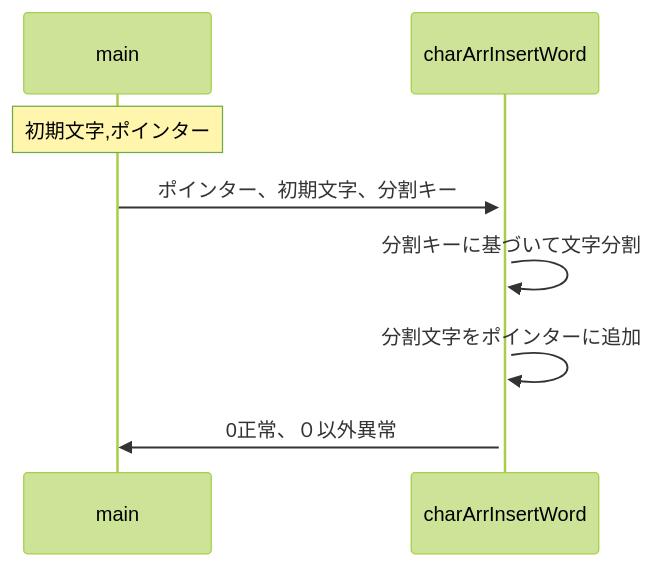
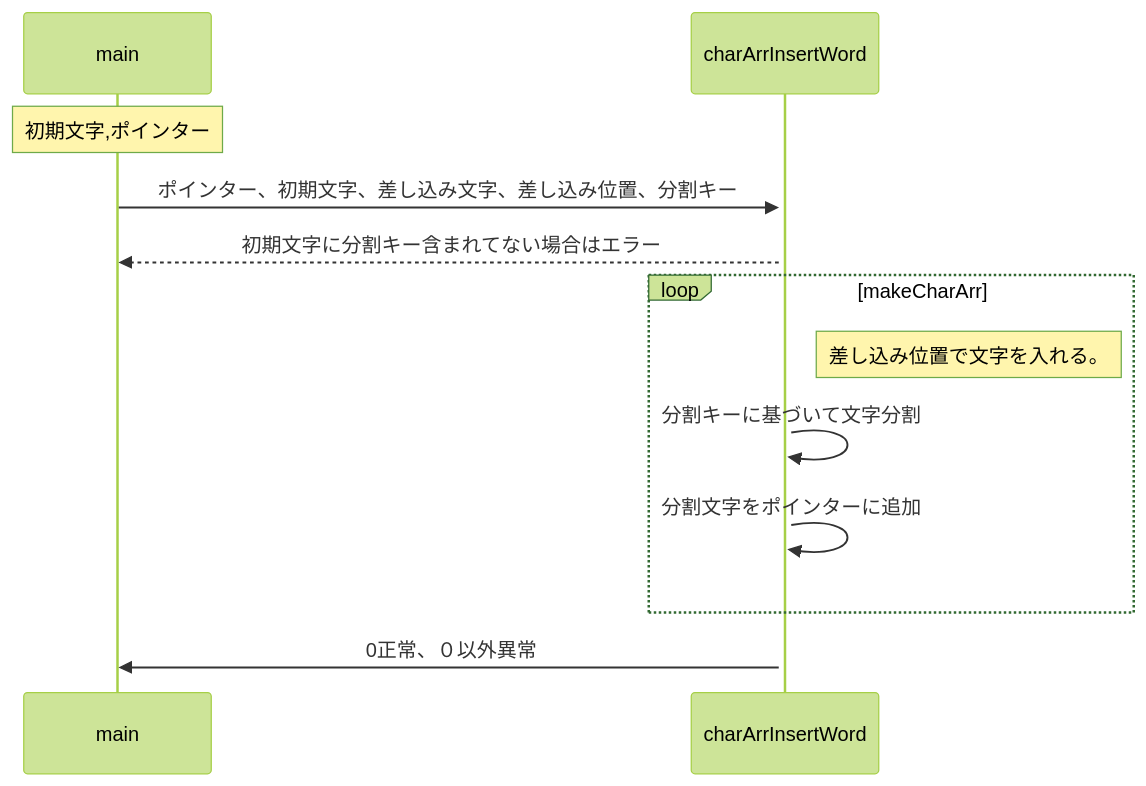
Before and after one commit to shinji-ono94/charArrInsertWord: the second of 2 diagrams in README.md, drawn with Mermaid (forest theme).

Commit message:
Complete

````diff
--- a/README.md
+++ b/README.md
@@ -32,12 +32,16 @@
 ```mermaid
 sequenceDiagram
 participant 1 as main
 participant 2 as charArrInsertWord
 
 Note over 1: 初期文字,ポインター
 
-1->>+2: ポインター、初期文字、分割キー
+1->>+2: ポインター、初期文字、差し込み文字、差し込み位置、分割キー
+2-->>1: 初期文字に分割キー含まれてない場合はエラー
+loop makeCharArr
+Note right of 2: 差し込み位置で文字を入れる。
 2->>2: 分割キーに基づいて文字分割
 2->>2: 分割文字をポインターに追加
+end
 2->>1: 0正常、０以外異常
 ```
````
